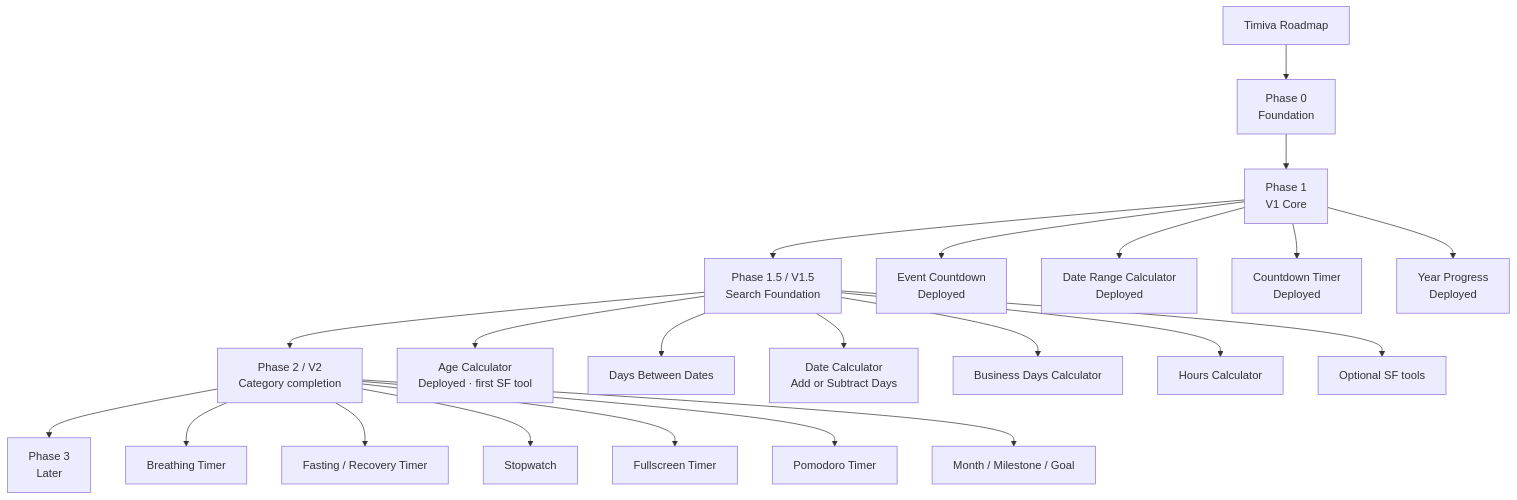
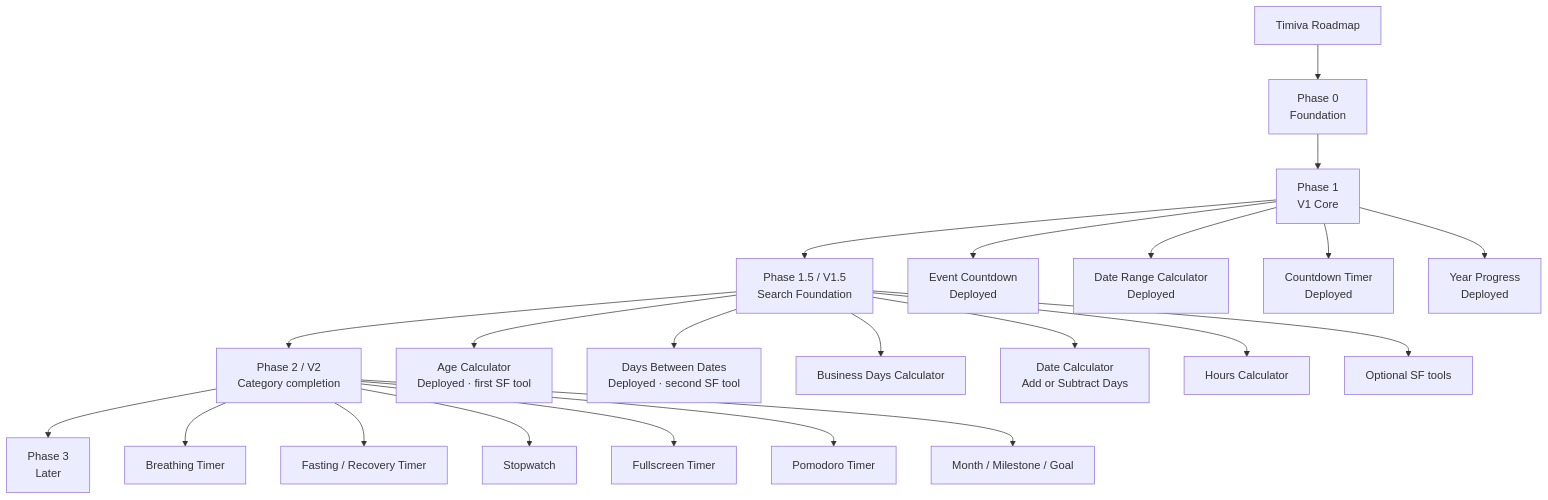
Before and after one commit to jd-jane/Timiva: the diagram in docs/core/roadmap.md, drawn with Mermaid. The commit also changed other lines of this file and 3 other files, not shown here.

Commit message:
docs: prioritize Business Days Calculator

````diff
--- a/docs/core/roadmap.md
+++ b/docs/core/roadmap.md
@@ -35,27 +35,27 @@
 ```mermaid
 flowchart TD
     A[Timiva Roadmap] --> B[Phase 0<br/>Foundation]
     B --> C[Phase 1<br/>V1 Core]
     C --> D[Phase 1.5 / V1.5<br/>Search Foundation]
     D --> E[Phase 2 / V2<br/>Category completion]
     E --> F[Phase 3<br/>Later]
 
     C --> C1[Event Countdown<br/>Deployed]
     C --> C2[Date Range Calculator<br/>Deployed]
     C --> C3[Countdown Timer<br/>Deployed]
     C --> C4[Year Progress<br/>Deployed]
 
     D --> D1[Age Calculator<br/>Deployed · first SF tool]
-    D --> D2[Days Between Dates]
-    D --> D3[Date Calculator<br/>Add or Subtract Days]
-    D --> D4[Business Days Calculator]
+    D --> D2[Days Between Dates<br/>Deployed · second SF tool]
+    D --> D3[Business Days Calculator]
+    D --> D4[Date Calculator<br/>Add or Subtract Days]
     D --> D5[Hours Calculator]
     D --> D6[Optional SF tools]
 
     E --> E1[Breathing Timer]
     E --> E2[Fasting / Recovery Timer]
     E --> E3[Stopwatch]
     E --> E4[Fullscreen Timer]
     E --> E5[Pomodoro Timer]
     E --> E6[Month / Milestone / Goal]
 ```
````
